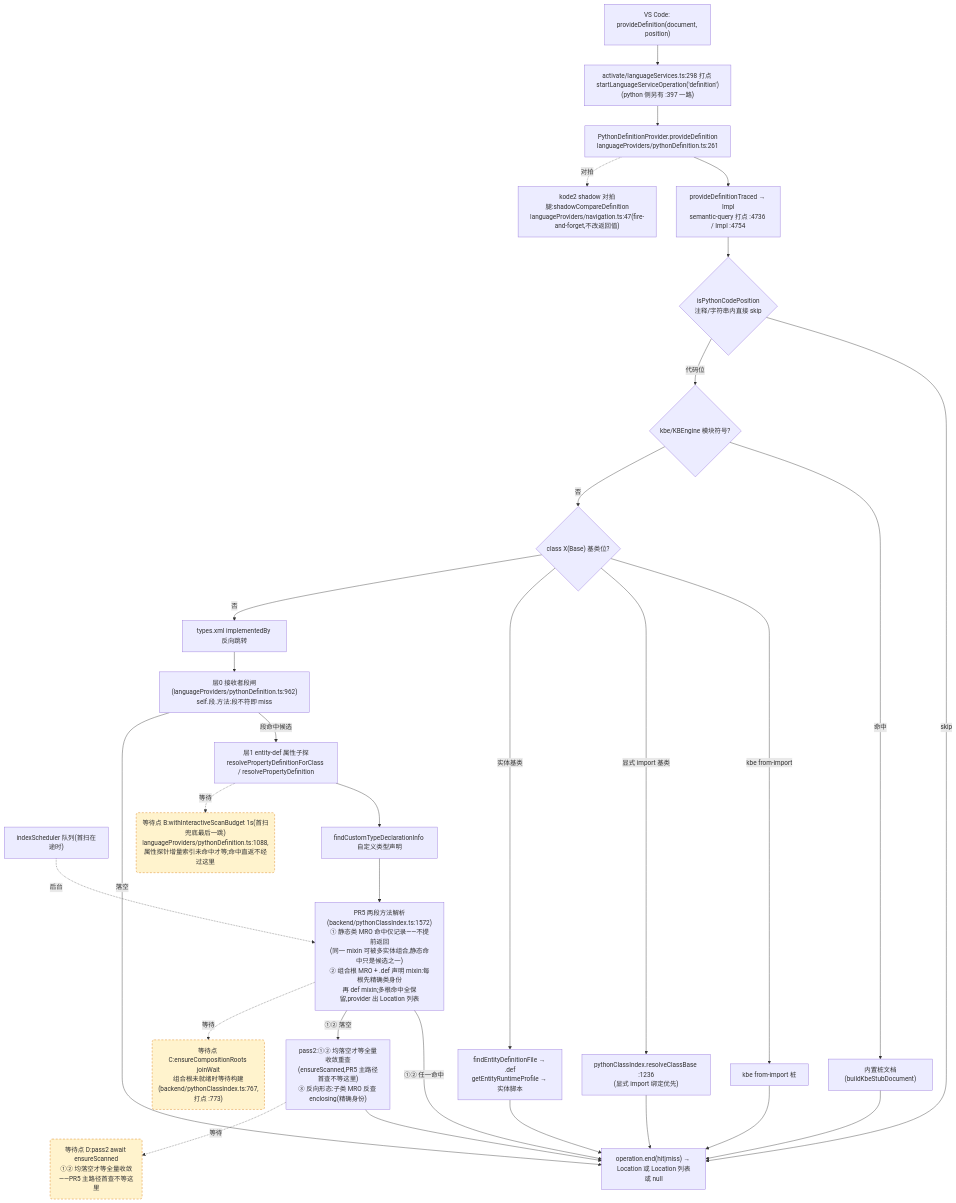
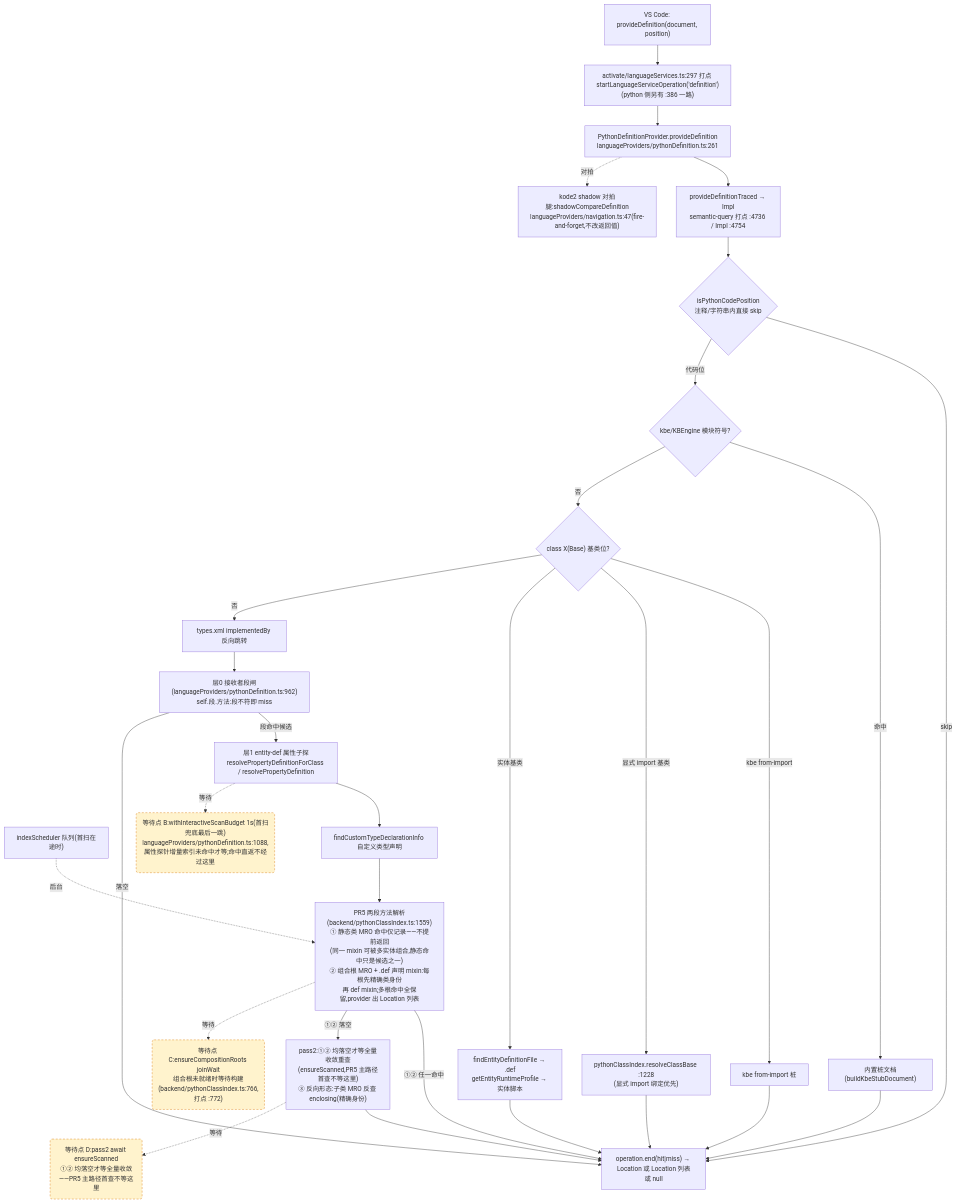
Before and after one commit to cuihairu/kode: the second of 4 diagrams in docs/perf/2026-baseline.md, drawn with Mermaid. The commit also changed other lines of this file and 162 other files, not shown here.

````diff
--- a/docs/perf/2026-baseline.md
+++ b/docs/perf/2026-baseline.md
@@ -151,51 +148,51 @@
 ```mermaid
 flowchart TD
   VC2["VS Code: provideDefinition(document, position)"]
-  M2["activate/languageServices.ts:298 打点 startLanguageServiceOperation('definition')<br/>(python 侧另有 :397 一路)"]
+  M2["activate/languageServices.ts:297 打点 startLanguageServiceOperation('definition')<br/>(python 侧另有 :386 一路)"]
   AD2["PythonDefinitionProvider.provideDefinition<br/>languageProviders/pythonDefinition.ts:261"]
   TR["provideDefinitionTraced → Impl<br/>semantic-query 打点 :4736 / Impl :4754"]
   CTX{"isPythonCodePosition<br/>注释/字符串内直接 skip"}
   KBE{"kbe/KBEngine 模块符号?"}
   STUB["内置桩文档(buildKbeStubDocument)"]
   CB{"class X(Base) 基类位?"}
   CB1["kbe from-import 桩"]
-  CB2["pythonClassIndex.resolveClassBase :1236<br/>(显式 import 绑定优先)"]
+  CB2["pythonClassIndex.resolveClassBase :1228<br/>(显式 import 绑定优先)"]
   CB3["findEntityDefinitionFile → .def<br/>getEntityRuntimeProfile → 实体脚本"]
   REV["types.xml implementedBy 反向跳转"]
   L0["层0 接收者段闸(languageProviders/pythonDefinition.ts:962)<br/>self.段.方法:段不符即 miss"]
   L1["层1 entity-def 属性子探<br/>resolvePropertyDefinitionForClass / resolvePropertyDefinition"]
   SCAN["indexScheduler 队列(首扫在途时)"]
   TY["findCustomTypeDeclarationInfo 自定义类型声明"]
-  MRO["PR5 两段方法解析(backend/pythonClassIndex.ts:1572)<br/>① 静态类 MRO 命中仅记录——不提前返回<br/>(同一 mixin 可被多实体组合,静态命中只是候选之一)<br/>② 组合根 MRO + .def 声明 mixin:每根先精确类身份<br/>再 def mixin;多根命中全保留,provider 出 Location 列表"]
+  MRO["PR5 两段方法解析(backend/pythonClassIndex.ts:1559)<br/>① 静态类 MRO 命中仅记录——不提前返回<br/>(同一 mixin 可被多实体组合,静态命中只是候选之一)<br/>② 组合根 MRO + .def 声明 mixin:每根先精确类身份<br/>再 def mixin;多根命中全保留,provider 出 Location 列表"]
   PASS2["pass2:①② 均落空才等全量收敛重查<br/>(ensureScanned,PR5 主路径首查不等这里)<br/>③ 反向形态:子类 MRO 反查 enclosing(精确身份)"]
   SHD["kode2 shadow 对拍腿:shadowCompareDefinition<br/>languageProviders/navigation.ts:47(fire-and-forget,不改返回值)"]
   END2["operation.end(hit|miss) → Location 或 Location 列表或 null"]
 
   VC2 --> M2 --> AD2 --> TR --> CTX
   CTX -- "skip" --> END2
   CTX -- "代码位" --> KBE
   KBE -- "命中" --> STUB --> END2
   KBE -- "否" --> CB
   CB -- "kbe from-import" --> CB1 --> END2
   CB -- "显式 import 基类" --> CB2 --> END2
   CB -- "实体基类" --> CB3 --> END2
   CB -- "否" --> REV --> L0
   L0 -- "段命中候选" --> L1
   L0 -- "落空" --> END2
   L1 --> TY
   TY --> MRO
   MRO -- "①② 任一命中" --> END2
   MRO -- "①② 落空" --> PASS2 --> END2
   AD2 -.->|对拍| SHD
 
   WAITB("等待点 B:withInteractiveScanBudget 1s(首扫兜底最后一跳)<br/>languageProviders/pythonDefinition.ts:1088,属性探针增量索引未命中才等;命中直返不经过这里")
-  WAITC("等待点 C:ensureCompositionRoots joinWait<br/>组合根未就绪时等待构建(backend/pythonClassIndex.ts:767,打点 :773)")
+  WAITC("等待点 C:ensureCompositionRoots joinWait<br/>组合根未就绪时等待构建(backend/pythonClassIndex.ts:766,打点 :772)")
   WAITD("等待点 D:pass2 await ensureScanned<br/>①② 均落空才等全量收敛——PR5 主路径首查不等这里")
   L1 -.->|等待| WAITB
   MRO -.->|等待| WAITC
   PASS2 -.->|等待| WAITD
   SCAN -.->|后台| MRO
 
   classDef waitPoint fill:#fff3cd,stroke:#d97706,stroke-dasharray:5 4;
   class WAITB,WAITC,WAITD waitPoint;
 ```
````
